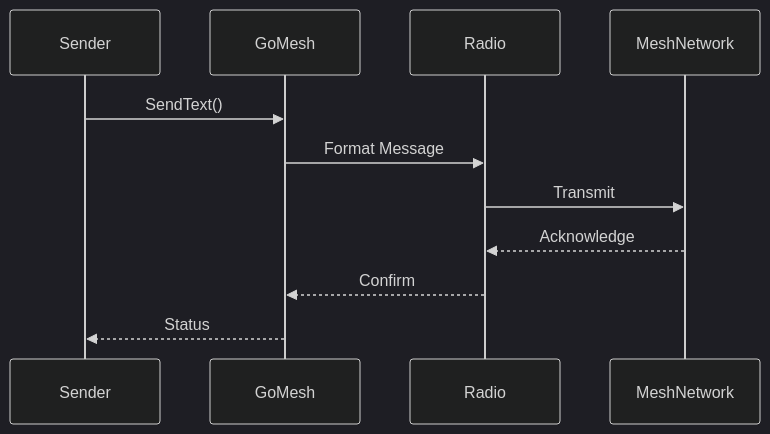
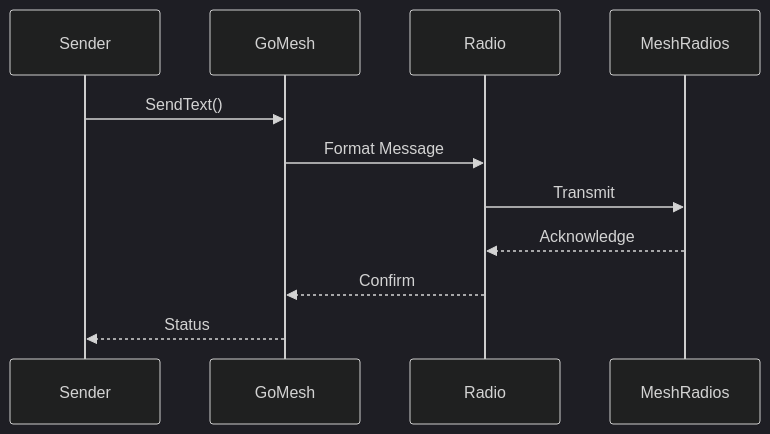
The fourth of 5 diagrams in DESIGN.md (gherlein/goMesh), drawn with Mermaid (dark theme) before and after one commit. The commit also changed other lines of this file, not shown here.

````diff
--- a/DESIGN.md
+++ b/DESIGN.md
@@ -87,14 +87,14 @@
 ```mermaid
 sequenceDiagram
     participant Sender
     participant GoMesh
     participant Radio
-    participant MeshNetwork
+    participant MeshRadios
     
     Sender->>GoMesh: SendText()
     GoMesh->>Radio: Format Message
-    Radio->>MeshNetwork: Transmit
-    MeshNetwork-->>Radio: Acknowledge
+    Radio->>MeshRadios: Transmit
+    MeshRadios-->>Radio: Acknowledge
     Radio-->>GoMesh: Confirm
     GoMesh-->>Sender: Status
 ```
````
